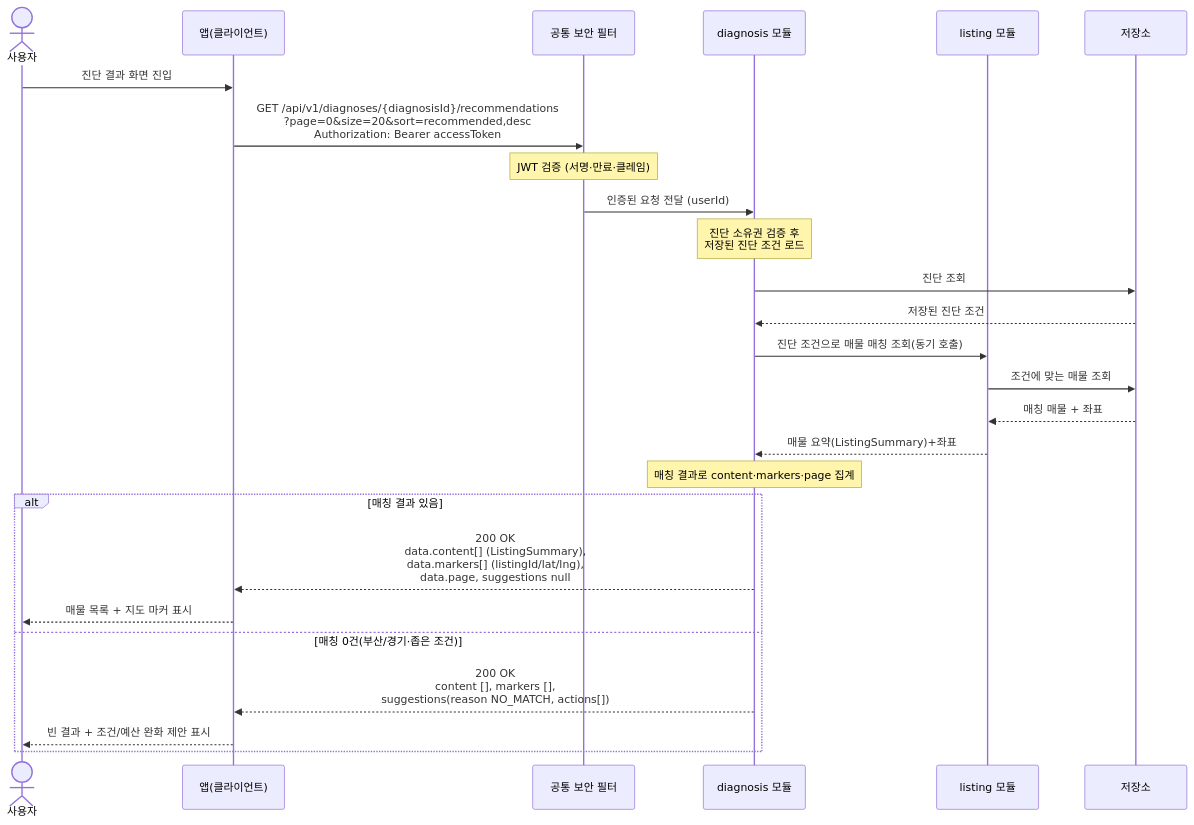
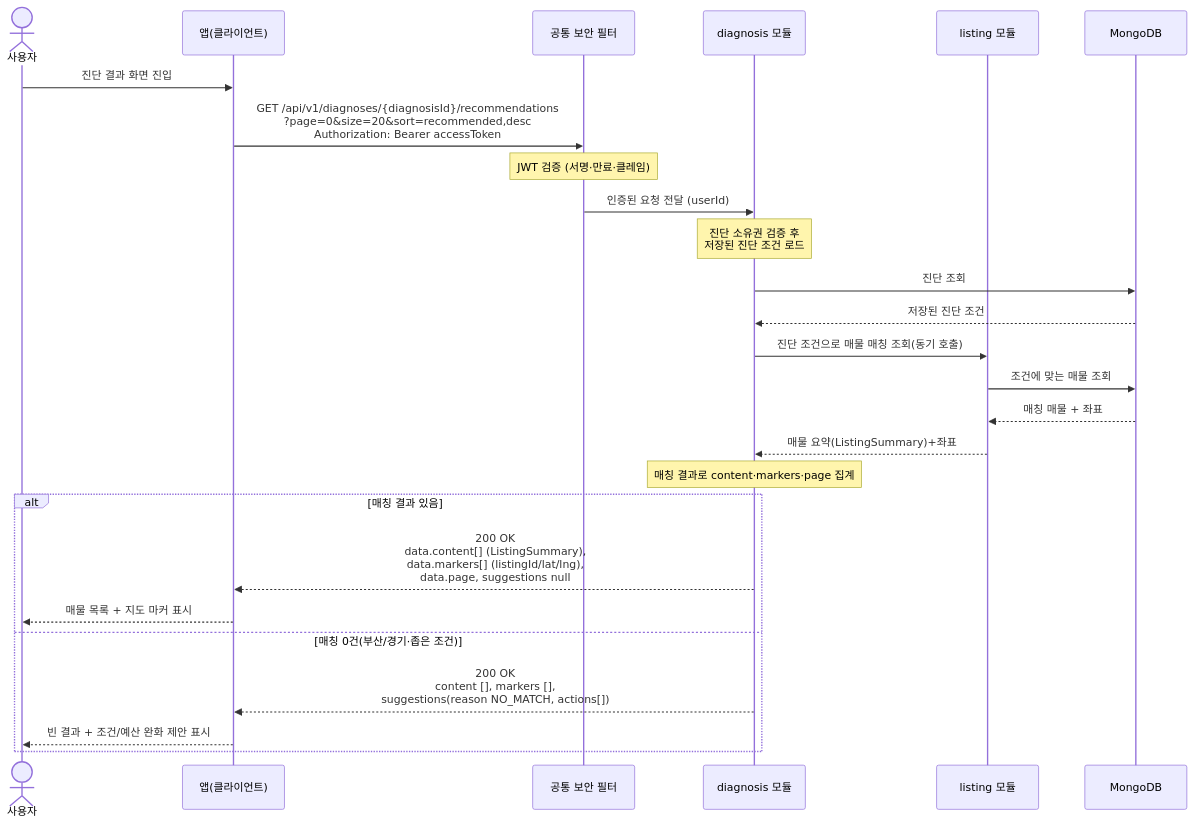
Before and after one commit to jameskim9509/Kohere-backend: the diagram in docs/architecture/sequence-diagrams/02-diagnosis-recommendation/us-2-2-recommendations.md, drawn with Mermaid. The commit also changed other lines of this file and 28 other files, not shown here.

First line of the commit message:
docs(architecture): 시퀀스 다이어그램에 폴리글랏 저장소 반영 (#24)

````diff
--- a/docs/architecture/sequence-diagrams/02-diagnosis-recommendation/us-2-2-recommendations.md
+++ b/docs/architecture/sequence-diagrams/02-diagnosis-recommendation/us-2-2-recommendations.md
@@ -5,29 +5,29 @@
 ```mermaid
 sequenceDiagram
     actor U as 사용자
     participant C as 앱(클라이언트)
     participant SEC as 공통 보안 필터
     participant DIAG as diagnosis 모듈
     participant LIST as listing 모듈
-    participant DB as 저장소
+    participant DB as MongoDB
 
     U->>C: 진단 결과 화면 진입
     C->>SEC: GET /api/v1/diagnoses/{diagnosisId}/recommendations<br/>?page=0&size=20&sort=recommended,desc<br/>Authorization: Bearer accessToken
     Note over SEC: JWT 검증 (서명·만료·클레임)
     SEC->>DIAG: 인증된 요청 전달 (userId)
     Note over DIAG: 진단 소유권 검증 후<br/>저장된 진단 조건 로드
     DIAG->>DB: 진단 조회
     DB-->>DIAG: 저장된 진단 조건
     DIAG->>LIST: 진단 조건으로 매물 매칭 조회(동기 호출)
     LIST->>DB: 조건에 맞는 매물 조회
     DB-->>LIST: 매칭 매물 + 좌표
     LIST-->>DIAG: 매물 요약(ListingSummary)+좌표
     Note over DIAG: 매칭 결과로 content·markers·page 집계
     alt 매칭 결과 있음
         DIAG-->>C: 200 OK<br/>data.content[] (ListingSummary),<br/>data.markers[] (listingId/lat/lng),<br/>data.page, suggestions null
         C-->>U: 매물 목록 + 지도 마커 표시
     else 매칭 0건(부산/경기·좁은 조건)
         DIAG-->>C: 200 OK<br/>content [], markers [],<br/>suggestions(reason NO_MATCH, actions[])
         C-->>U: 빈 결과 + 조건/예산 완화 제안 표시
     end
 ```
````
